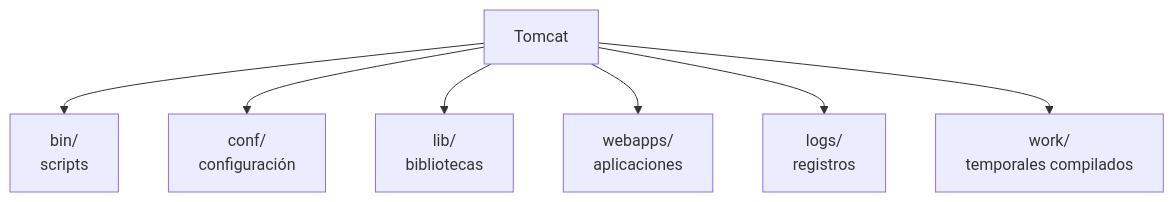
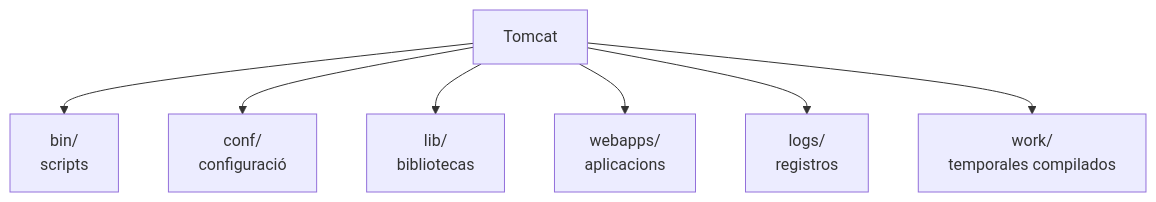
Before and after one commit to jordicido/jordicina: the first of 5 diagrams in docs/daw-daw/up3/02-configuracion-bibliotecas.md, drawn with Mermaid. The commit also changed other lines of this file and 10 other files, not shown here.

````diff
--- a/docs/daw-daw/up3/02-configuracion-bibliotecas.md
+++ b/docs/daw-daw/up3/02-configuracion-bibliotecas.md
@@ -100,9 +100,9 @@
 ```mermaid
 flowchart TD
     T["Tomcat"] --> B["bin/<br/>scripts"]
-    T --> C["conf/<br/>configuración"]
+    T --> C["conf/<br/>configuració"]
     T --> L["lib/<br/>bibliotecas"]
-    T --> W["webapps/<br/>aplicaciones"]
+    T --> W["webapps/<br/>aplicacions"]
     T --> G["logs/<br/>registros"]
     T --> WK["work/<br/>temporales compilados"]
 ```
````
